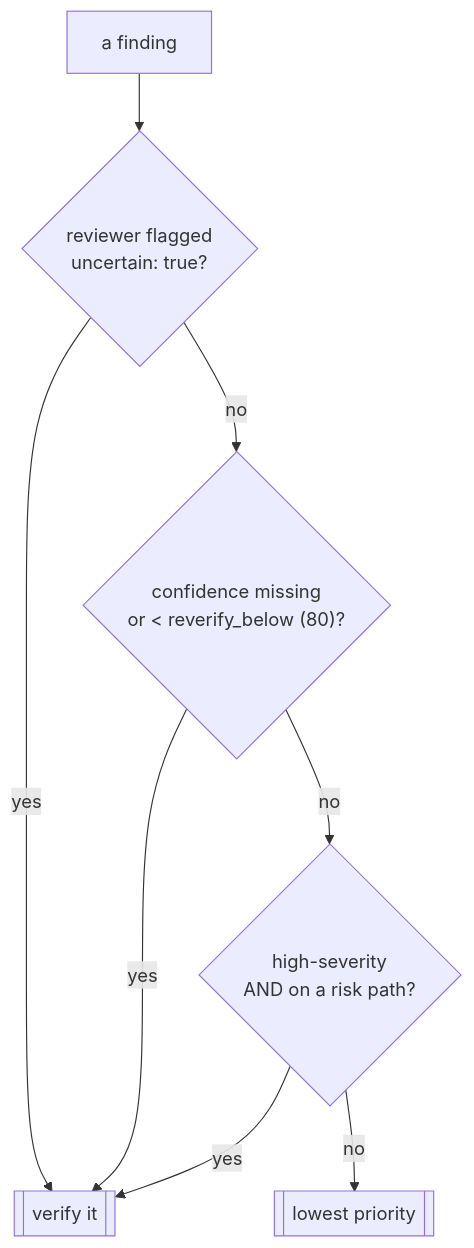
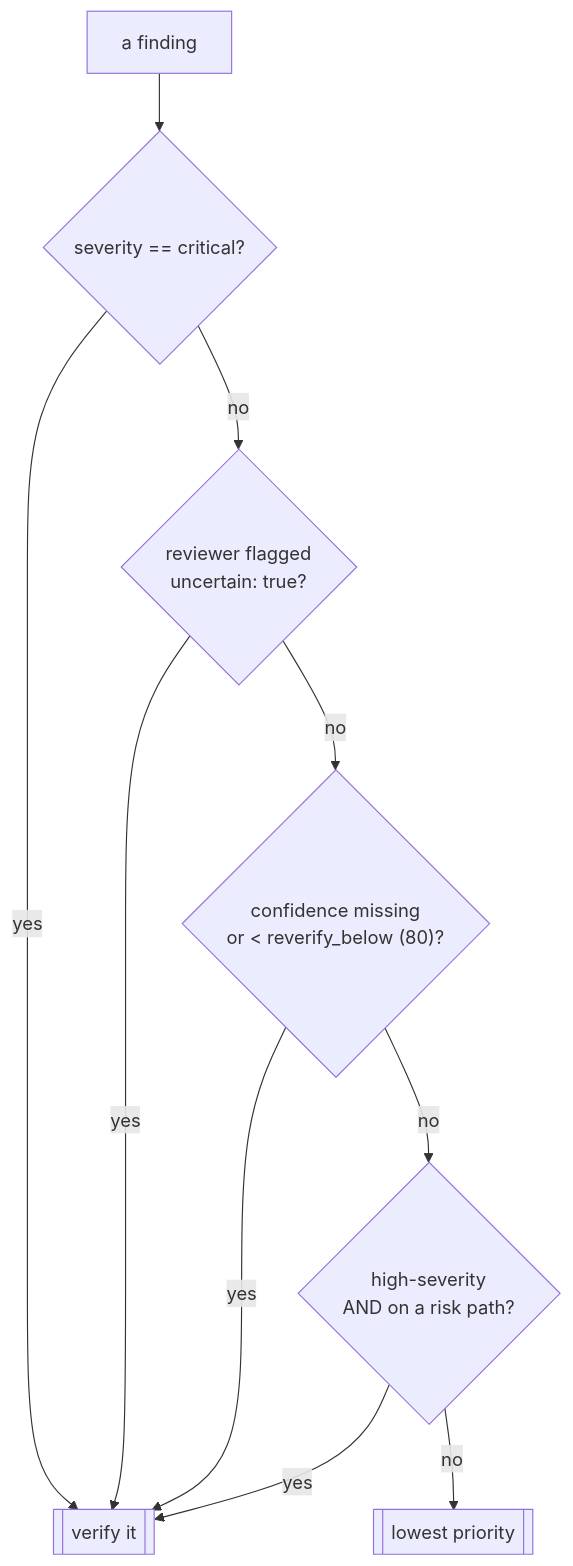
The sixth of 8 diagrams in docs/ARCHITECTURE.md (Tahmid12Khan/agentic-workflows), drawn with Mermaid before and after one commit. The commit also changed other lines of this file and 120 other files, not shown here.

````diff
--- a/docs/ARCHITECTURE.md
+++ b/docs/ARCHITECTURE.md
@@ -343,10 +481,12 @@
 ```mermaid
 flowchart TD
-  F["a finding"] --> U{"reviewer flagged<br/>uncertain: true?"}
-  U -->|yes| V[[verify it]]
+  F["a finding"] --> CR{"severity == critical?"}
+  CR -->|yes| V[[verify it]]
+  CR -->|no| U{"reviewer flagged<br/>uncertain: true?"}
+  U -->|yes| V
   U -->|no| C{"confidence missing<br/>or < reverify_below (80)?"}
   C -->|yes| V
   C -->|no| HOT{"high-severity<br/>AND on a risk path?"}
   HOT -->|yes| V
   HOT -->|no| K[[lowest priority]]
 ```
````
